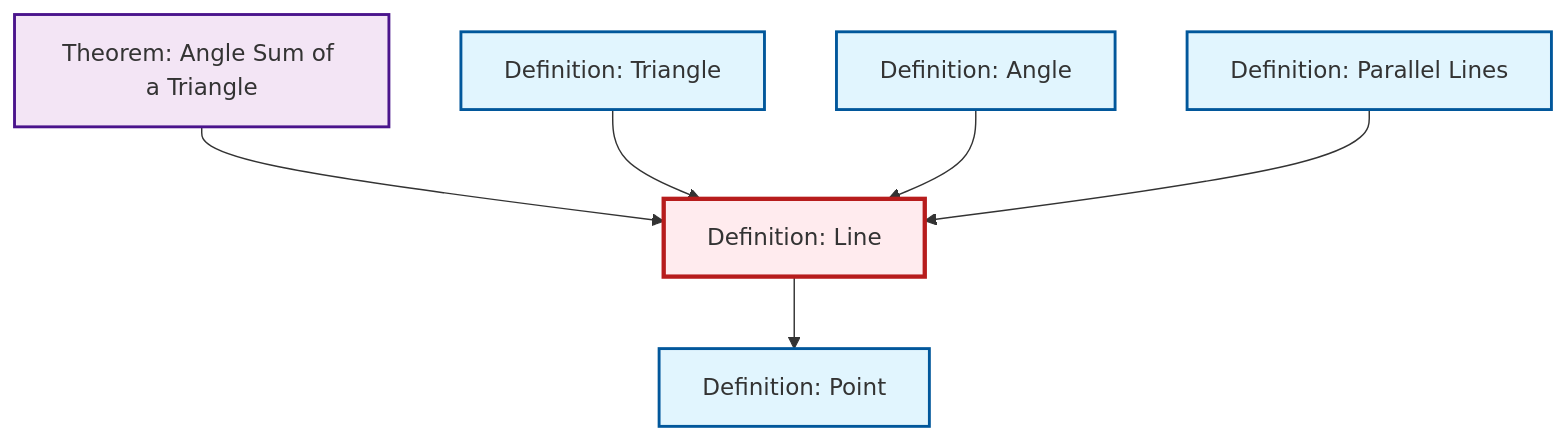
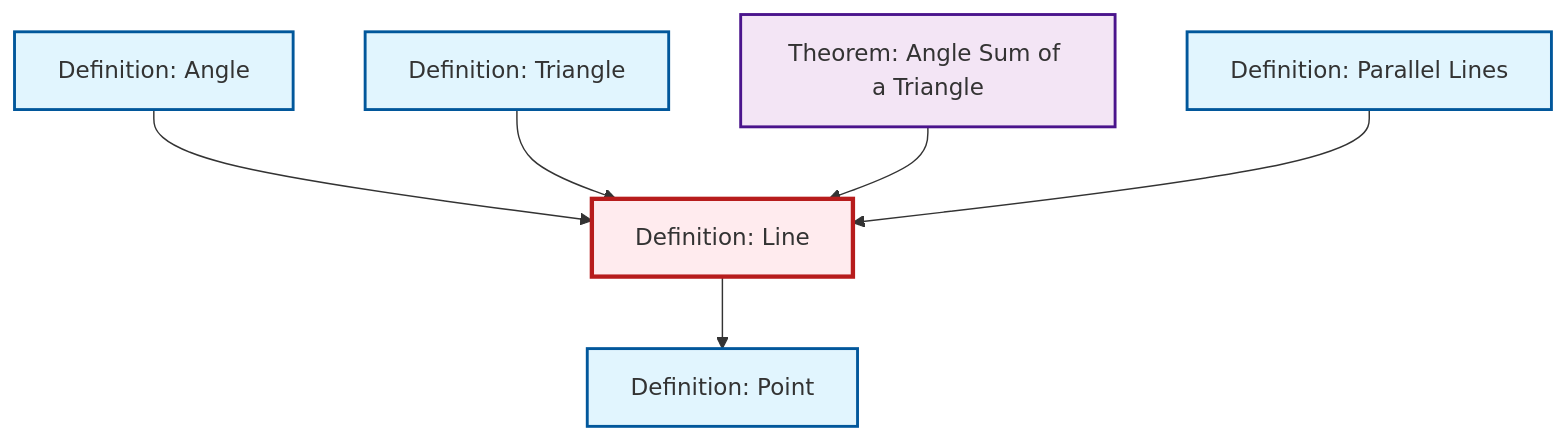
Before and after one commit to RK0429/ModernMath: the diagram in content/en/geometry/def-line.qmd, drawn with Mermaid. The commit also changed other lines of this file and 434 other files, not shown here.

````diff
--- a/content/en/geometry/def-line.qmd
+++ b/content/en/geometry/def-line.qmd
@@ -45,26 +45,26 @@
 ```{mermaid}
 %%| fig-cap: "Local dependency graph"
 graph TD
     classDef definition fill:#e1f5fe,stroke:#01579b,stroke-width:2px
     classDef theorem fill:#f3e5f5,stroke:#4a148c,stroke-width:2px
     classDef axiom fill:#fff3e0,stroke:#e65100,stroke-width:2px
     classDef example fill:#e8f5e9,stroke:#1b5e20,stroke-width:2px
     classDef current fill:#ffebee,stroke:#b71c1c,stroke-width:3px
+    thm-angle-sum-triangle["Theorem: Angle Sum of a Triangle"]:::theorem
+    def-line["Definition: Line"]:::definition
+    def-triangle["Definition: Triangle"]:::definition
+    def-angle["Definition: Angle"]:::definition
     def-parallel["Definition: Parallel Lines"]:::definition
     def-point["Definition: Point"]:::definition
-    thm-angle-sum-triangle["Theorem: Angle Sum of a Triangle"]:::theorem
-    def-triangle["Definition: Triangle"]:::definition
-    def-angle["Definition: Angle"]:::definition
-    def-line["Definition: Line"]:::definition
+    def-angle --> def-line
+    def-triangle --> def-line
     thm-angle-sum-triangle --> def-line
-    def-triangle --> def-line
     def-line --> def-point
-    def-angle --> def-line
     def-parallel --> def-line
     class def-line current
-    click def-parallel "def-parallel.html" "Go to Parallel Lines definition"
-    click def-point "def-point.html" "Go to Point definition"
     click thm-angle-sum-triangle "thm-angle-sum-triangle.html" "Go to Angle Sum of a Triangle theorem"
     click def-triangle "def-triangle.html" "Go to Triangle definition"
     click def-angle "def-angle.html" "Go to Angle definition"
+    click def-parallel "def-parallel.html" "Go to Parallel Lines definition"
+    click def-point "def-point.html" "Go to Point definition"
 ```
````
